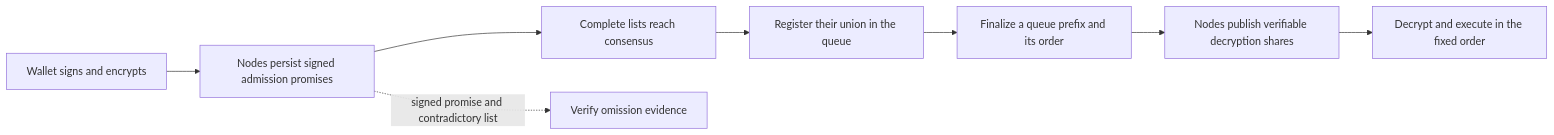
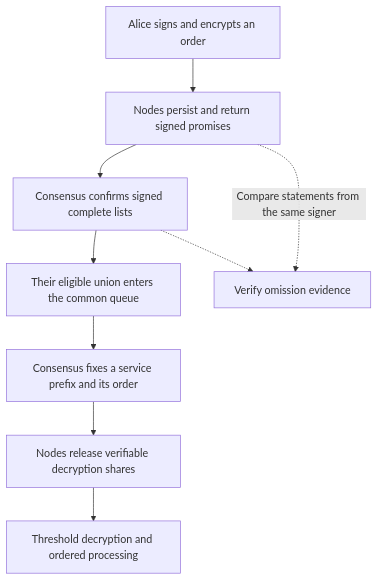
One commit to LiamTang827/pinomarket changed the diagram in README.md. Above: the diagram before and after it, drawn with Mermaid. The commit also changed other lines of this file and 28 other files, not shown here.

````diff
--- a/README.md
+++ b/README.md
@@ -28,10 +31,11 @@
 ```mermaid
-flowchart LR
-    A[Wallet signs and encrypts] --> B[Nodes persist signed admission promises]
-    B --> C[Complete lists reach consensus]
-    C --> D[Register their union in the queue]
-    D --> E[Finalize a queue prefix and its order]
-    E --> F[Nodes publish verifiable decryption shares]
-    F --> G[Decrypt and execute in the fixed order]
-    B -. signed promise and contradictory list .-> H[Verify omission evidence]
+flowchart TD
+    A["Alice signs and encrypts an order"] --> B["Nodes persist and return signed promises"]
+    B --> C["Consensus confirms signed complete lists"]
+    C --> D["Their eligible union enters the common queue"]
+    D --> E["Consensus fixes a service prefix and its order"]
+    E --> F["Nodes release verifiable decryption shares"]
+    F --> G["Threshold decryption and ordered processing"]
+    B -. "Compare statements from the same signer" .-> H["Verify omission evidence"]
+    C -.-> H
 ```
````
